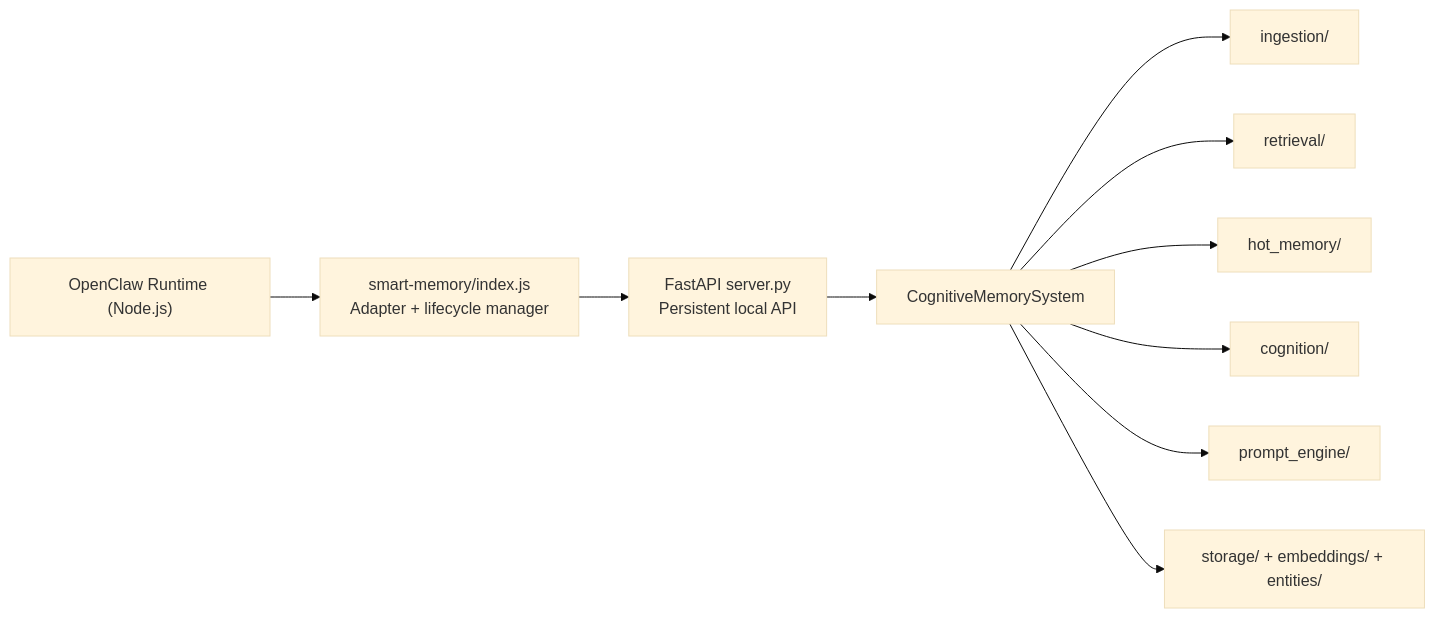
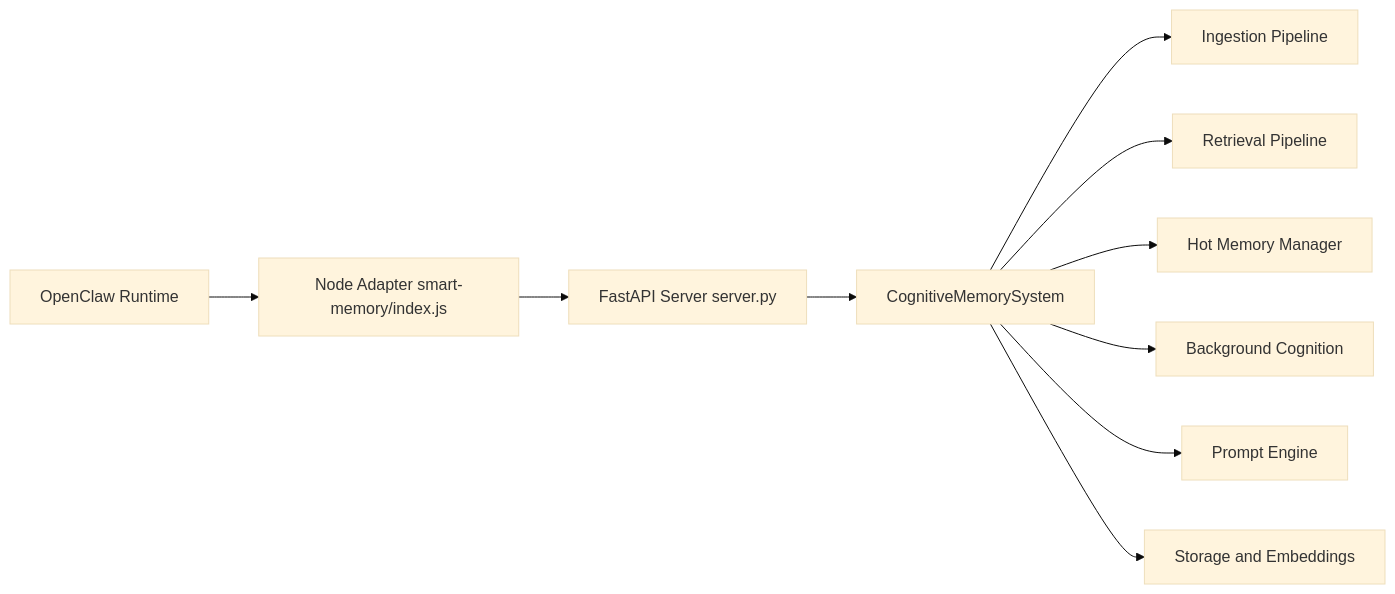
The first of 2 diagrams in README.md (BluePointDigital/smart-memory), drawn with Mermaid (base theme) before and after one commit. The commit also changed other lines of this file and 3 other files, not shown here.

Commit message:
docs: fix README flowcharts, consolidate system overview, remove ARCHITECTURE.md

````diff
--- a/README.md
+++ b/README.md
@@ -45,12 +45,12 @@
 ```mermaid
 flowchart LR
-  A["OpenClaw Runtime (Node.js)"] --> B["smart-memory/index.js\nAdapter + lifecycle manager"]
-  B --> C["FastAPI server.py\nPersistent local API"]
-  C --> D["CognitiveMemorySystem"]
-  D --> E["ingestion/"]
-  D --> F["retrieval/"]
-  D --> G["hot_memory/"]
-  D --> H["cognition/"]
-  D --> I["prompt_engine/"]
-  D --> J["storage/ + embeddings/ + entities/"]
+  OC["OpenClaw Runtime"] --> AD["Node Adapter smart-memory/index.js"]
+  AD --> API["FastAPI Server server.py"]
+  API --> SYS["CognitiveMemorySystem"]
+  SYS --> ING["Ingestion Pipeline"]
+  SYS --> RET["Retrieval Pipeline"]
+  SYS --> HOT["Hot Memory Manager"]
+  SYS --> COG["Background Cognition"]
+  SYS --> PRM["Prompt Engine"]
+  SYS --> STO["Storage and Embeddings"]
 ```
````
